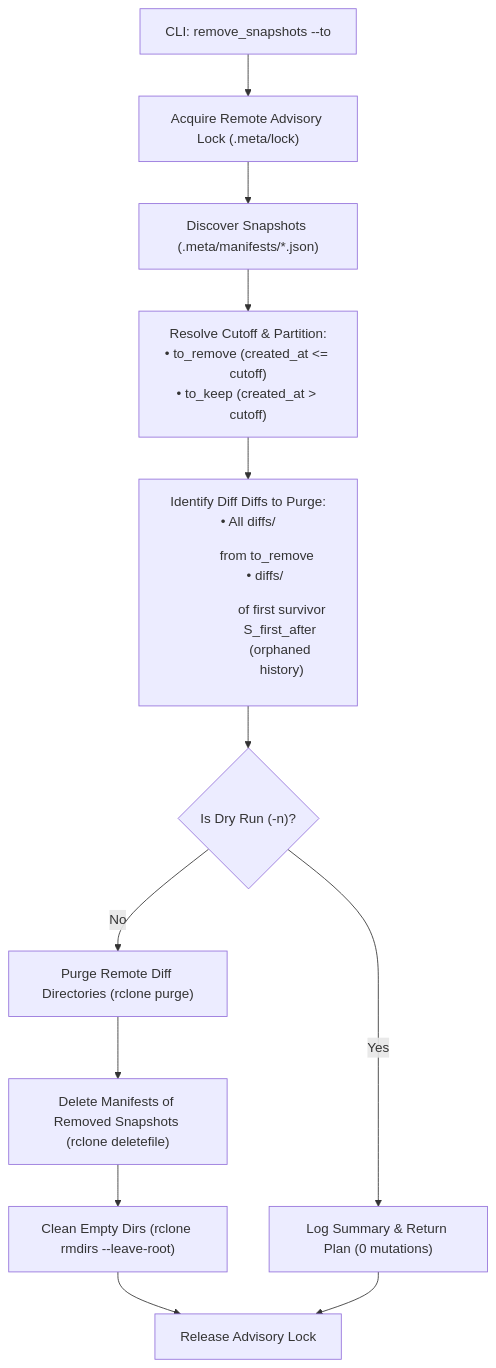
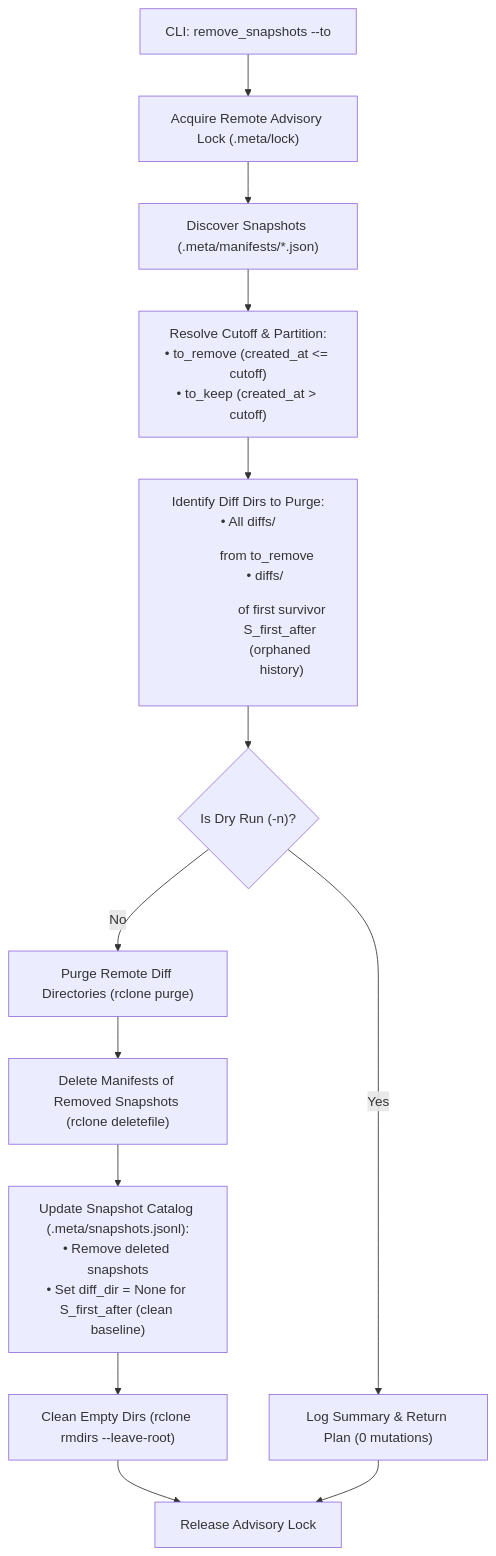
One commit to shabeer/incr_backup changed the fifth of 5 diagrams in docs/developer.md. Above: the diagram before and after it, drawn with Mermaid. The commit also changed other lines of this file, not shown here.

First line of the commit message:
docs: document snapshot catalog synchronization in remove_snapshots pipeline

````diff
--- a/docs/developer.md
+++ b/docs/developer.md
@@ -690,14 +690,15 @@
 ```mermaid
 flowchart TD
     A["CLI: remove_snapshots --to <cutoff>"] --> B["Acquire Remote Advisory Lock (.meta/lock)"]
     B --> C["Discover Snapshots (.meta/manifests/*.json)"]
     C --> D["Resolve Cutoff & Partition:<br/>• to_remove (created_at <= cutoff)<br/>• to_keep (created_at > cutoff)"]
-    D --> E["Identify Diff Diffs to Purge:<br/>• All diffs/<dir> from to_remove<br/>• diffs/<dir> of first survivor S_first_after (orphaned history)"]
+    D --> E["Identify Diff Dirs to Purge:<br/>• All diffs/<dir> from to_remove<br/>• diffs/<dir> of first survivor S_first_after (orphaned history)"]
     E --> F{"Is Dry Run (-n)?"}
     F -->|Yes| G["Log Summary & Return Plan (0 mutations)"]
     F -->|No| H["Purge Remote Diff Directories (rclone purge)"]
     H --> I["Delete Manifests of Removed Snapshots (rclone deletefile)"]
-    I --> J["Clean Empty Dirs (rclone rmdirs --leave-root)"]
-    J --> K["Release Advisory Lock"]
-    G --> K
+    I --> J["Update Snapshot Catalog (.meta/snapshots.jsonl):<br/>• Remove deleted snapshots<br/>• Set diff_dir = None for S_first_after (clean baseline)"]
+    J --> K["Clean Empty Dirs (rclone rmdirs --leave-root)"]
+    K --> L["Release Advisory Lock"]
+    G --> L
 ```
````
